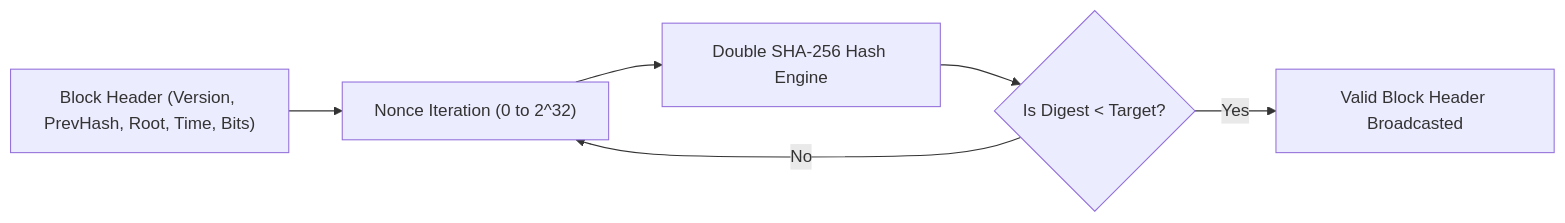
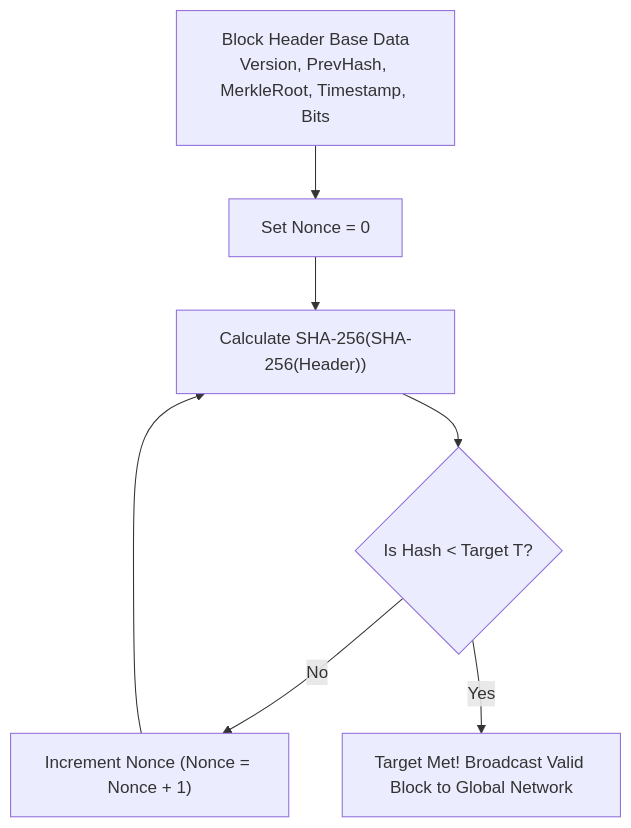
One commit to ub-society/modules changed the second of 6 diagrams in docs/learn/fundamentals/03-consensus-and-game-theory/02-proof-of-work-and-nakamoto-consensus.md. Above: the diagram before and after it, drawn with Mermaid. The commit also changed other lines of this file and 3 other files, not shown here.

````diff
--- a/docs/learn/fundamentals/03-consensus-and-game-theory/02-proof-of-work-and-nakamoto-consensus.md
+++ b/docs/learn/fundamentals/03-consensus-and-game-theory/02-proof-of-work-and-nakamoto-consensus.md
@@ -37,8 +50,9 @@
 ```mermaid
-flowchart LR
-    Header["Block Header (Version, PrevHash, Root, Time, Bits)"] --> Nonce["Nonce Iteration (0 to 2^32)"]
-    Nonce --> Hash["Double SHA-256 Hash Engine"]
-    Hash --> Comp{"Is Digest < Target?"}
-    Comp -- No --> Nonce
-    Comp -- Yes --> Broadcast["Valid Block Header Broadcasted"]
+flowchart TD
+    HeaderBase["Block Header Base Data<br/>Version, PrevHash, MerkleRoot, Timestamp, Bits"] --> NonceInit["Set Nonce = 0"]
+    NonceInit --> HashCalc["Calculate SHA-256(SHA-256(Header))"]
+    HashCalc --> Evaluate{"Is Hash < Target T?"}
+    Evaluate -- No --> Increment["Increment Nonce (Nonce = Nonce + 1)"]
+    Increment --> HashCalc
+    Evaluate -- Yes --> Broadcast["Target Met! Broadcast Valid Block to Global Network"]
 ```
````
